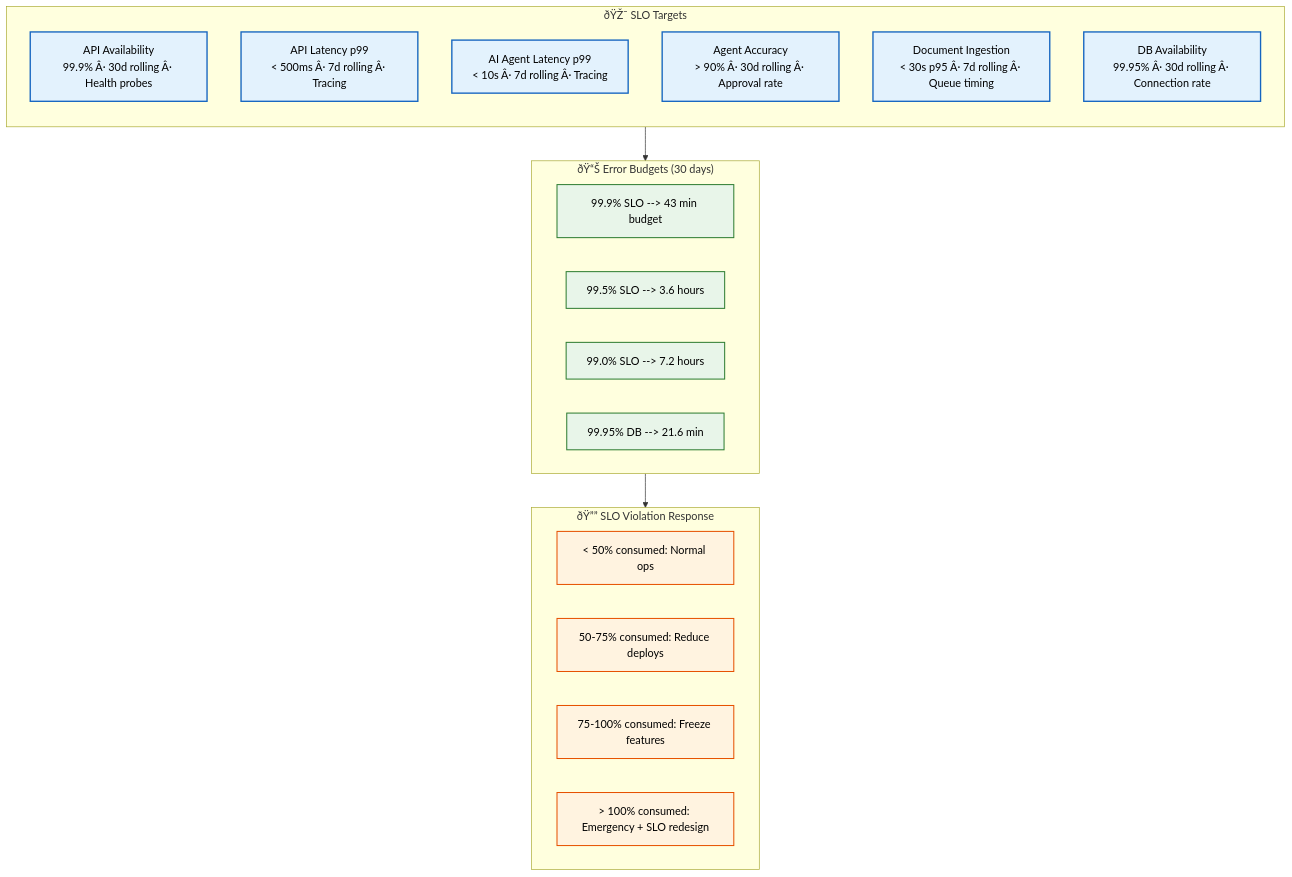
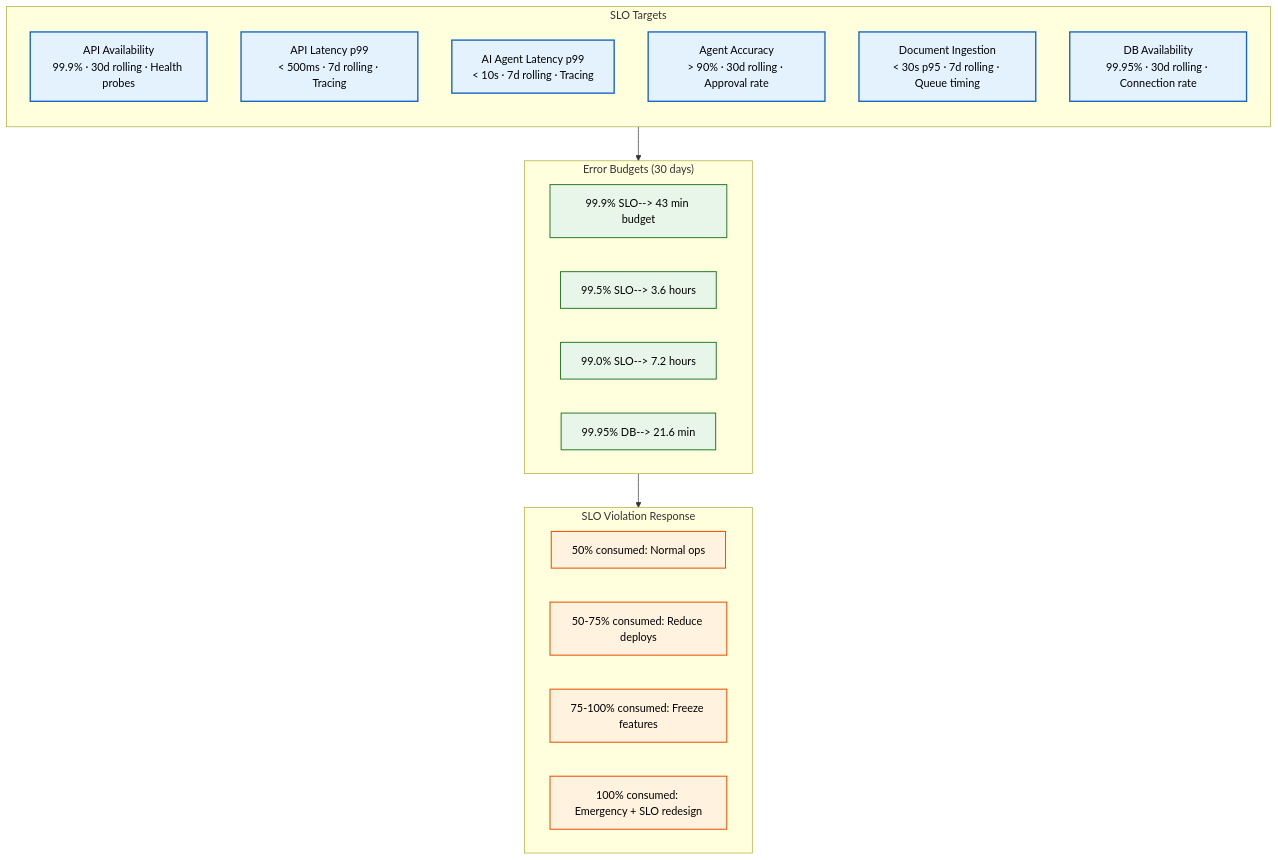
Before and after one commit to Driftloom/Vaeloom: the diagram in docs/operations/SLO.md, drawn with Mermaid. The commit also changed other lines of this file and 694 other files, not shown here.

First line of the commit message:
docs: mermaid standardization — encoding/mermaid/duplicate cleanup

````diff
--- a/docs/operations/SLO.md
+++ b/docs/operations/SLO.md
@@ -8,36 +8,36 @@
 ```mermaid
 graph TD
-    classDef target fill:#e3f2fd,stroke:#1565c0,color:#000,stroke-width:2px
-    classDef budget fill:#e8f5e9,stroke:#2e7d32,color:#000,stroke-width:1.5px
-    classDef response fill:#fff3e0,stroke:#e65100,color:#000,stroke-width:1.5px
+ classDef target fill:#e3f2fd,stroke:#1565c0,color:#000,stroke-width:2px
+ classDef budget fill:#e8f5e9,stroke:#2e7d32,color:#000,stroke-width:1.5px
+ classDef response fill:#fff3e0,stroke:#e65100,color:#000,stroke-width:1.5px
 
-    subgraph Targets["ðŸŽ¯ SLO Targets"]
-        direction TB
-        T1["API Availability<br/>99.9% Â· 30d rolling Â· Health probes"]
-        T2["API Latency p99<br/>< 500ms Â· 7d rolling Â· Tracing"]
-        T3["AI Agent Latency p99<br/>< 10s Â· 7d rolling Â· Tracing"]
-        T4["Agent Accuracy<br/>> 90% Â· 30d rolling Â· Approval rate"]
-        T5["Document Ingestion<br/>< 30s p95 Â· 7d rolling Â· Queue timing"]
-        T6["DB Availability<br/>99.95% Â· 30d rolling Â· Connection rate"]
-    end
+ subgraph Targets["SLO Targets"]
+ direction TB
+ T1["API Availability<br/>99.9% · 30d rolling · Health probes"]
+ T2["API Latency p99<br/>< 500ms · 7d rolling · Tracing"]
+ T3["AI Agent Latency p99<br/>< 10s · 7d rolling · Tracing"]
+ T4["Agent Accuracy<br/>> 90% · 30d rolling · Approval rate"]
+ T5["Document Ingestion<br/>< 30s p95 · 7d rolling · Queue timing"]
+ T6["DB Availability<br/>99.95% · 30d rolling · Connection rate"]
+ end
 
-    subgraph Budgets["ðŸ“Š Error Budgets (30 days)"]
-        B1["99.9% SLO --> 43 min budget"]
-        B2["99.5% SLO --> 3.6 hours"]
-        B3["99.0% SLO --> 7.2 hours"]
-        B4["99.95% DB --> 21.6 min"]
-    end
+ subgraph Budgets["Error Budgets (30 days)"]
+ B1["99.9% SLO--> 43 min budget"]
+ B2["99.5% SLO--> 3.6 hours"]
+ B3["99.0% SLO--> 7.2 hours"]
+ B4["99.95% DB--> 21.6 min"]
+ end
 
-    subgraph Response["ðŸ”” SLO Violation Response"]
-        R1["< 50% consumed: Normal ops"]
-        R2["50-75% consumed: Reduce deploys"]
-        R3["75-100% consumed: Freeze features"]
-        R4["> 100% consumed: Emergency + SLO redesign"]
-    end
+ subgraph Response["SLO Violation Response"]
+ R1["50% consumed: Normal ops"]
+ R2["50-75% consumed: Reduce deploys"]
+ R3["75-100% consumed: Freeze features"]
+ R4["100% consumed: Emergency + SLO redesign"]
+ end
 
-    Targets --> Budgets --> Response
+ Targets--> Budgets--> Response
 
-    class T1,T2,T3,T4,T5,T6 target
-    class B1,B2,B3,B4 budget
-    class R1,R2,R3,R4 response
+ class T1,T2,T3,T4,T5,T6 target
+ class B1,B2,B3,B4 budget
+ class R1,R2,R3,R4 response
 ```
````
